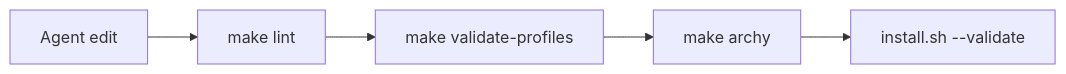
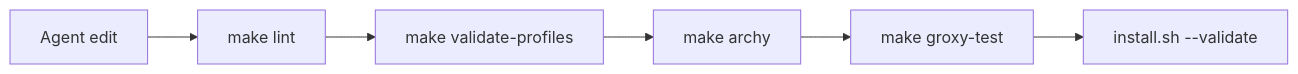
Before and after one commit to p10ns11y/arch-machine: the fourth of 11 diagrams in arch-design/coming-next.md, drawn with Mermaid. The commit also changed other lines of this file, not shown here.

First line of the commit message:
docs(roadmap): record SN-GROXY inject+ACP MVP and next cards

````diff
--- a/arch-design/coming-next.md
+++ b/arch-design/coming-next.md
@@ -135,7 +149,8 @@
 ```mermaid
 flowchart LR
   dev[Agent edit] --> lint[make lint]
   lint --> prof[make validate-profiles]
   prof --> archy[make archy]
-  archy --> thin[install.sh --validate]
+  archy --> groxy[make groxy-test]
+  groxy --> thin[install.sh --validate]
 ```
````
